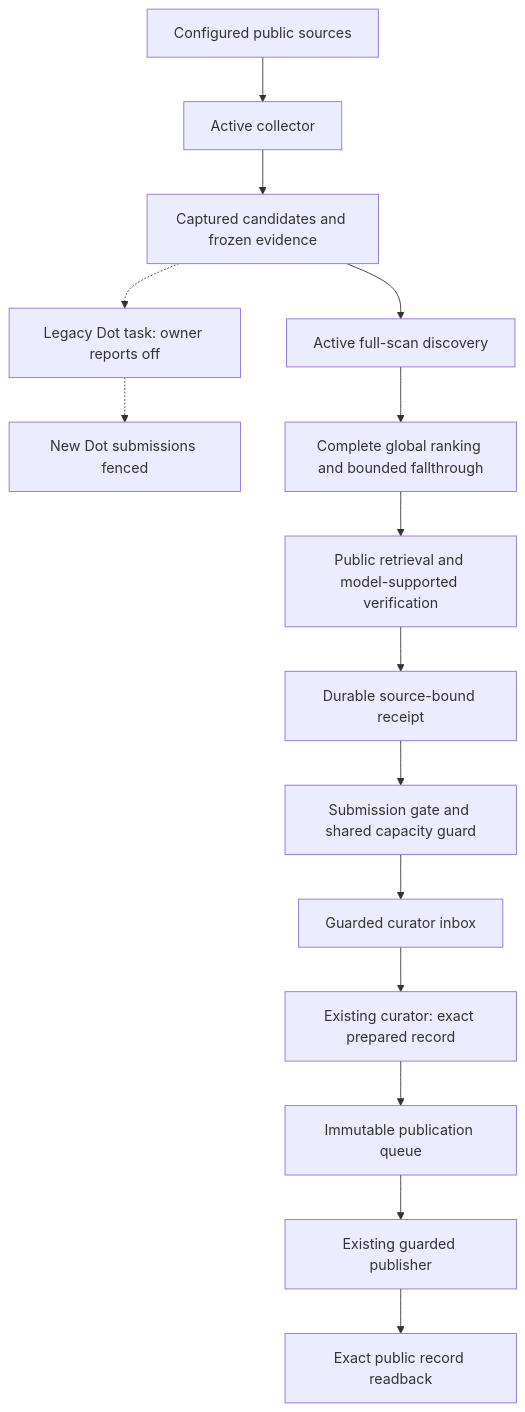
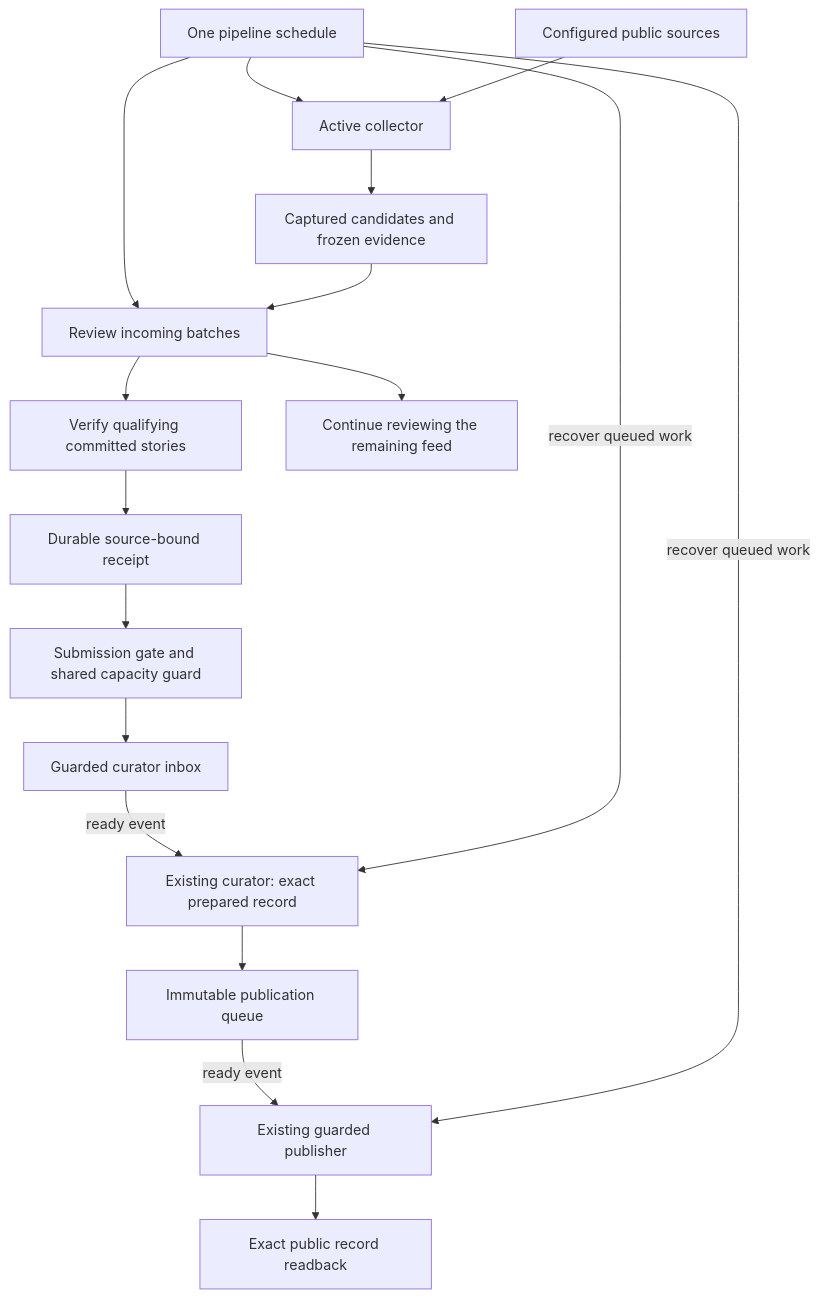
The diagram in docs/warpcore-architecture.md (itomek/itomek-news-digest-agent), drawn with Mermaid before and after one commit. The commit also changed other lines of this file and 29 other files, not shown here.

Commit message:
Dispatch verified news immediately through one pipeline schedule

````diff
--- a/docs/warpcore-architecture.md
+++ b/docs/warpcore-architecture.md
@@ -45,17 +45,19 @@
 ```mermaid
 flowchart TD
-    Sources[Configured public sources] --> Collector[Active collector]
+    Tick[One pipeline schedule] --> Collector[Active collector]
+    Sources[Configured public sources] --> Collector
+    Tick --> Discovery
     Collector --> Evidence[Captured candidates and frozen evidence]
-    Evidence -.-> Dot[Legacy Dot task: owner reports off]
-    Dot -.-> Fence[New Dot submissions fenced]
-    Evidence --> Discovery[Active full-scan discovery]
-    Discovery --> Ranking[Complete global ranking and bounded fallthrough]
-    Ranking --> Verify[Public retrieval and model-supported verification]
+    Evidence --> Discovery[Review incoming batches]
+    Discovery --> Verify[Verify qualifying committed stories]
+    Discovery --> Background[Continue reviewing the remaining feed]
     Verify --> Preview[Durable source-bound receipt]
     Preview --> Admission[Submission gate and shared capacity guard]
     Admission --> Inbox[Guarded curator inbox]
-    Inbox --> Curator[Existing curator: exact prepared record]
+    Inbox -->|ready event| Curator[Existing curator: exact prepared record]
+    Tick -->|recover queued work| Curator
     Curator --> Queue[Immutable publication queue]
-    Queue --> Publisher[Existing guarded publisher]
+    Queue -->|ready event| Publisher[Existing guarded publisher]
+    Tick -->|recover queued work| Publisher
     Publisher --> Readback[Exact public record readback]
 ```
````
